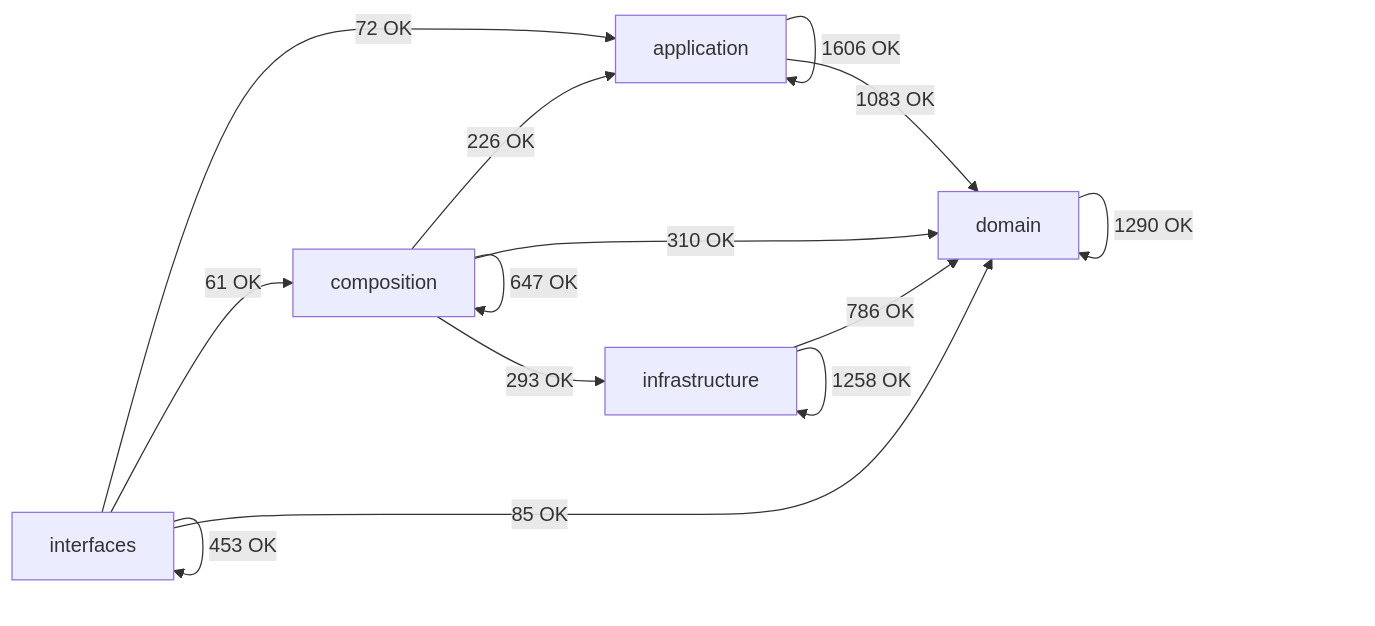
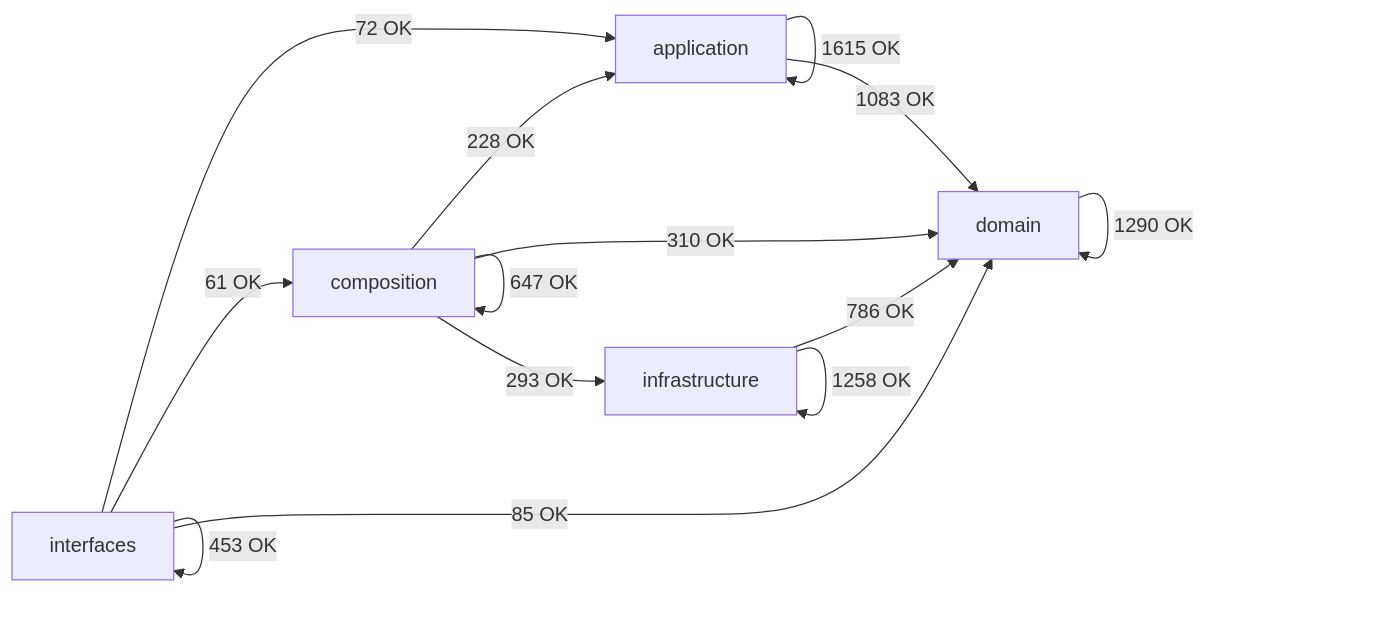
Before and after one commit to SatoryKono/BioactivityDataAcquisition: the diagram in docs/02-architecture/generated/module-dependency-map.md, drawn with Mermaid. The commit also changed other lines of this file and 12 other files, not shown here.

````diff
--- a/docs/02-architecture/generated/module-dependency-map.md
+++ b/docs/02-architecture/generated/module-dependency-map.md
@@ -17,21 +17,21 @@
 ```mermaid
 flowchart LR
     domain[domain]
     application[application]
     infrastructure[infrastructure]
     composition[composition]
     interfaces[interfaces]
-    application -->|1606 OK| application
+    application -->|1615 OK| application
     application -->|1083 OK| domain
-    composition -->|226 OK| application
+    composition -->|228 OK| application
     composition -->|647 OK| composition
     composition -->|310 OK| domain
     composition -->|293 OK| infrastructure
     domain -->|1290 OK| domain
     infrastructure -->|786 OK| domain
     infrastructure -->|1258 OK| infrastructure
     interfaces -->|72 OK| application
     interfaces -->|61 OK| composition
     interfaces -->|85 OK| domain
     interfaces -->|453 OK| interfaces
 ```
````
